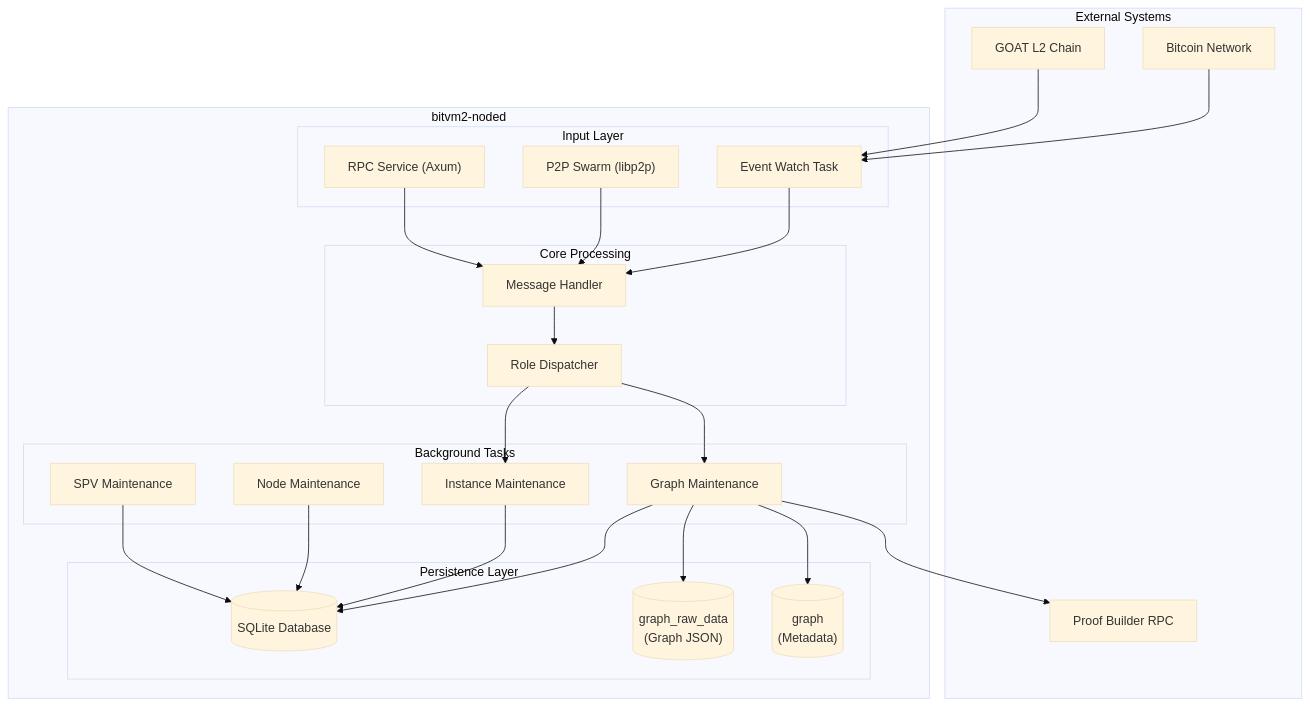
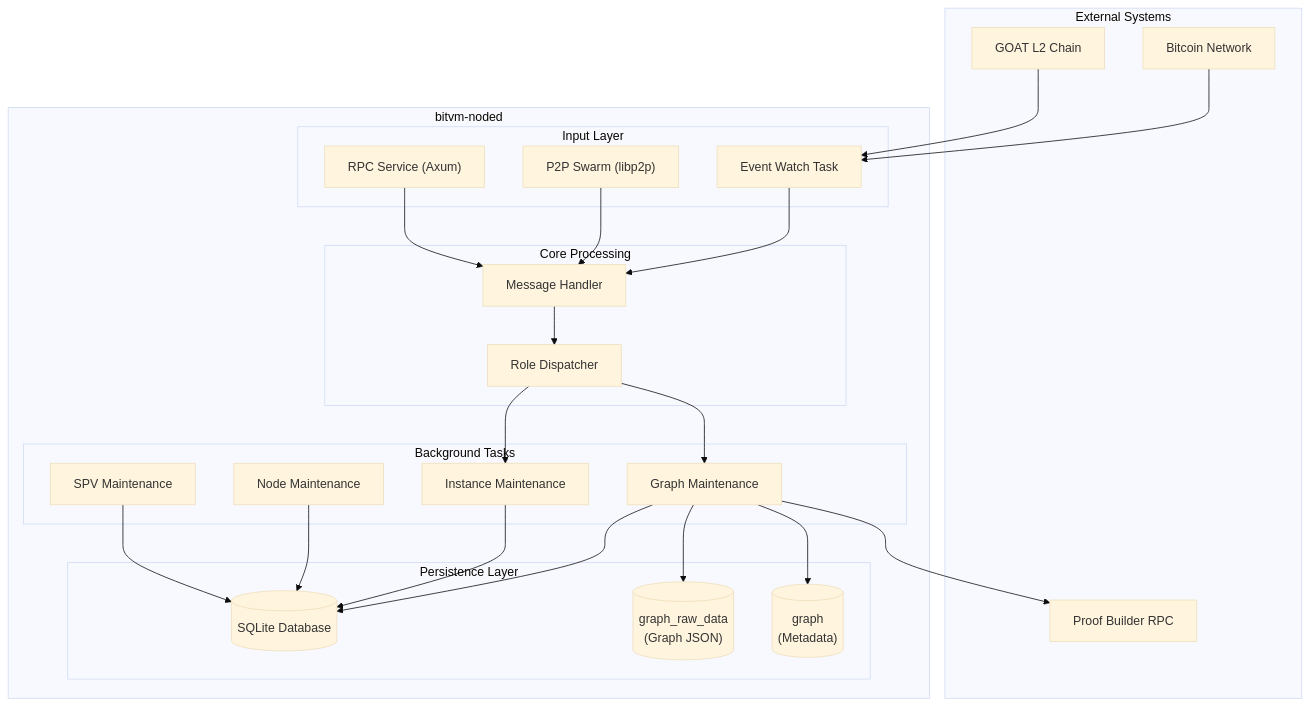
Before and after one commit to KSlashh/bitvm2-node: the first of 13 diagrams in node/README.md, drawn with Mermaid (base theme). The commit also changed other lines of this file and 271 other files, not shown here.

````diff
--- a/node/README.md
+++ b/node/README.md
@@ -51,50 +51,50 @@
 ```mermaid
 flowchart TB
     subgraph External["External Systems"]
         BTC["Bitcoin Network"]
         GOAT["GOAT L2 Chain"]
         PB["Proof Builder RPC"]
     end
 
-    subgraph Node["bitvm2-noded"]
+    subgraph Node["bitvm-noded"]
         subgraph Input["Input Layer"]
             EW["Event Watch Task"]
             P2P["P2P Swarm (libp2p)"]
             RPC["RPC Service (Axum)"]
         end
 
         subgraph Core["Core Processing"]
             MH["Message Handler"]
             DISP["Role Dispatcher"]
         end
 
         subgraph Tasks["Background Tasks"]
             GM["Graph Maintenance"]
             IM["Instance Maintenance"]
             NM["Node Maintenance"]
             SPV["SPV Maintenance"]
         end
 
         subgraph Storage["Persistence Layer"]
             DB[(SQLite Database)]
             GD[("graph_raw_data\n(Graph JSON)")]
             GM_TBL[("graph\n(Metadata)")]
         end
     end
 
     BTC --> EW
     GOAT --> EW
     EW --> MH
     P2P --> MH
     RPC --> MH
     MH --> DISP
     DISP --> GM
     DISP --> IM
     GM --> DB
     IM --> DB
     NM --> DB
     SPV --> DB
     GM --> GD
     GM --> GM_TBL
     GM --> PB
 ```
````
